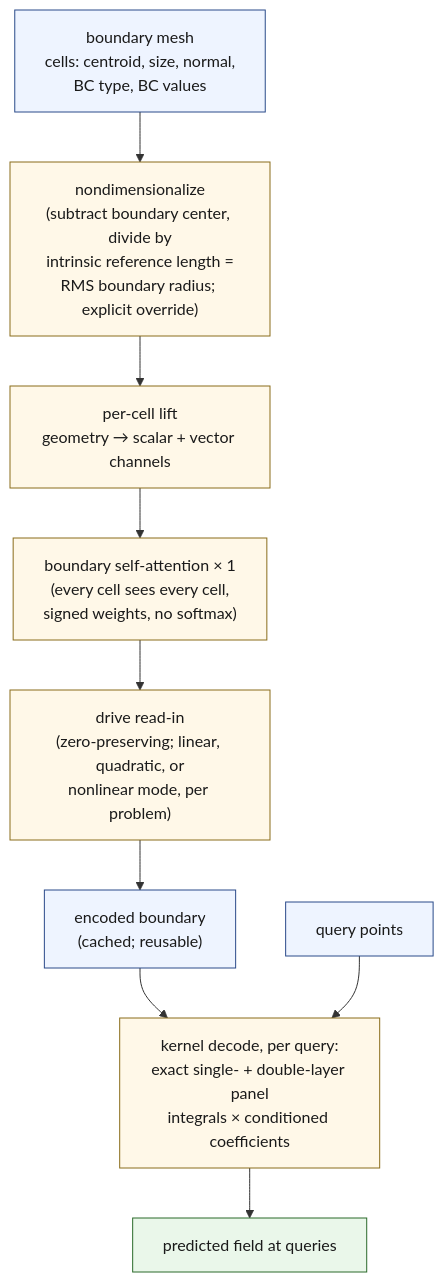
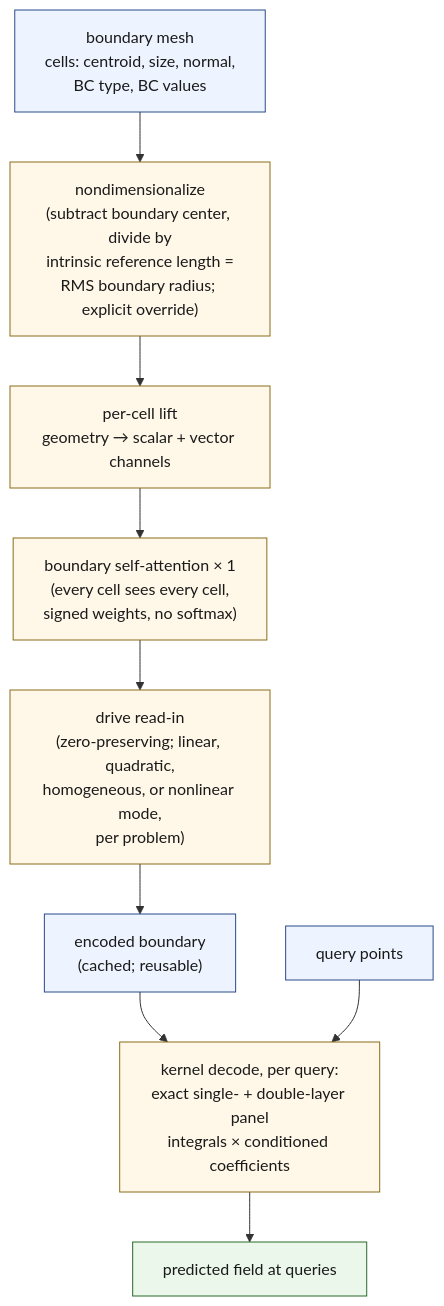
The diagram in examples/cfd/mesh_transformer/book/02-architecture.qmd (peterdsharpe/physicsnemo), drawn with Mermaid before and after one commit. The commit also changed other lines of this file, not shown here.

````diff
--- a/examples/cfd/mesh_transformer/book/02-architecture.qmd
+++ b/examples/cfd/mesh_transformer/book/02-architecture.qmd
@@ -41,25 +41,25 @@
 ```{mermaid}
 %%| fig-cap: >
 %%|   The MeshTransformer forward pass, reference configuration. Encode runs
 %%|   once per boundary in O(boundary cells); decode runs per query batch in
 %%|   O(queries x boundary cells) and never lets query points interact.
 flowchart TB
     classDef stage fill:#fff8e8,stroke:#8a6d1a,color:#1a1a1a
     classDef data fill:#eef4ff,stroke:#2a4a8a,color:#1a1a1a
     classDef out fill:#eaf7ea,stroke:#2a6a2a,color:#1a1a1a
 
     A["boundary mesh<br/>cells: centroid, size, normal,<br/>BC type, BC values"]:::data
     B["nondimensionalize<br/>(subtract boundary center, divide by<br/>intrinsic reference length =<br/>RMS boundary radius; explicit override)"]:::stage
     C["per-cell lift<br/>geometry &rarr; scalar + vector channels"]:::stage
     D["boundary self-attention &times; 1<br/>(every cell sees every cell,<br/>signed weights, no softmax)"]:::stage
-    E["drive read-in<br/>(zero-preserving; linear, quadratic, or<br/>nonlinear mode, per problem)"]:::stage
+    E["drive read-in<br/>(zero-preserving; linear, quadratic,<br/>homogeneous, or nonlinear mode,<br/>per problem)"]:::stage
     F["encoded boundary<br/>(cached; reusable)"]:::data
     G["query points"]:::data
     H["kernel decode, per query:<br/>exact single- + double-layer panel<br/>integrals &times; conditioned coefficients"]:::stage
     I["predicted field at queries"]:::out
 
     A --> B --> C --> D --> E --> F
     F --> H
     G --> H
     H --> I
 ```
````
